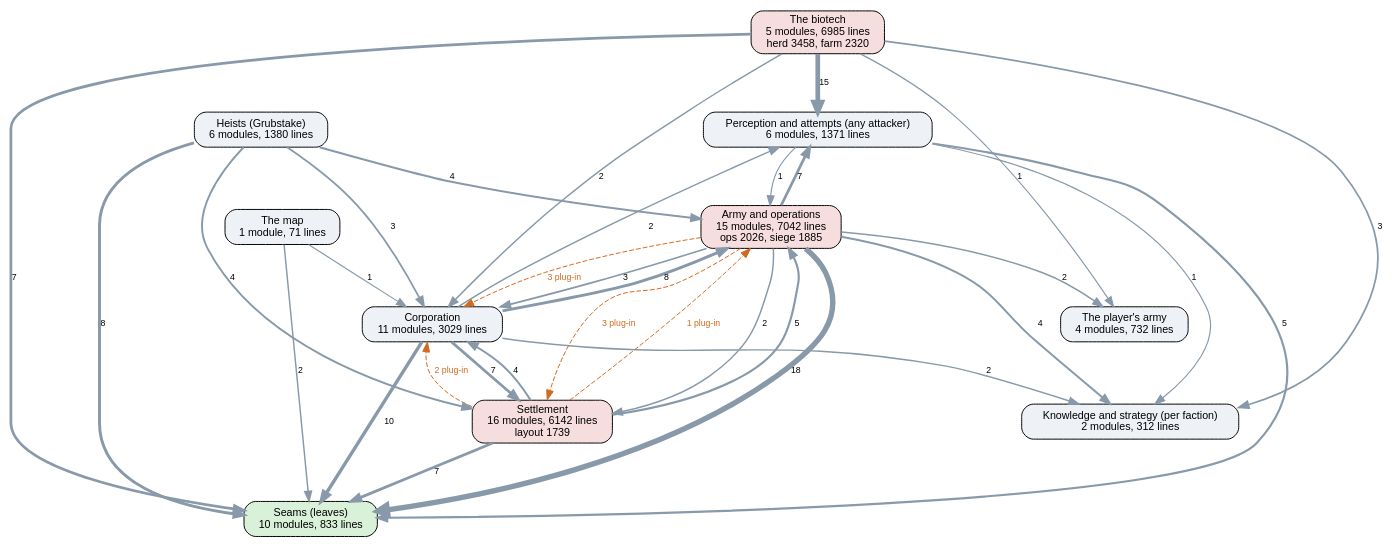
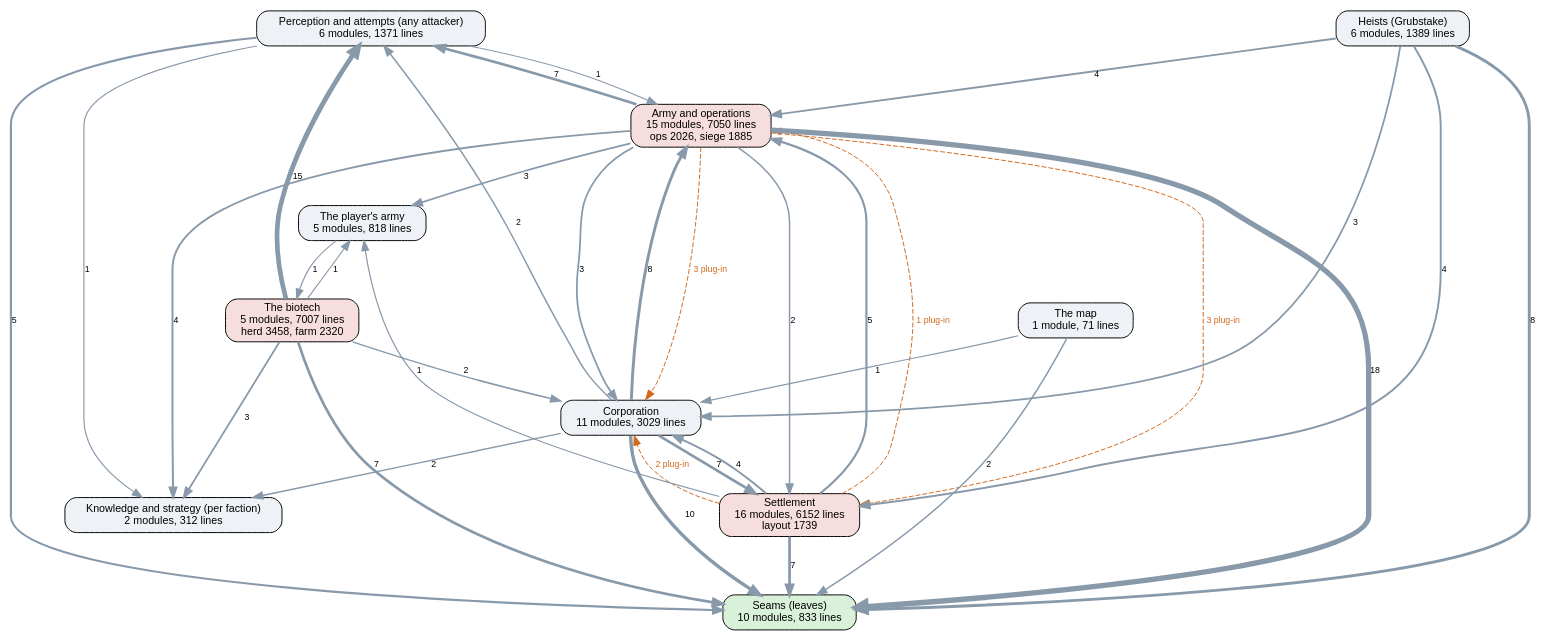
Before and after one commit to kinelhu/landing-party: the diagram in docs/ai-layers.dot, drawn with Graphviz. The commit also changed 21 other files, not shown here.

First line of the commit message:
0.2.203: field studies for Grubstake and Synthexis (claims register, strip drill, bait made, flak turret; bred-biter telemetry, defoliant, incubator capture), unlocked by what the player destroys; scenario studies

```diff
--- a/docs/ai-layers.dot
+++ b/docs/ai-layers.dot
@@ -1,47 +1,49 @@
 digraph layers {
   graph [rankdir=TB, fontname="Helvetica", nodesep=0.5, ranksep=0.7];
   node [shape=box, style="rounded,filled", fontname="Helvetica", fontsize=11, fillcolor="#eef2f7"];
   edge [color="#8899aa", fontname="Helvetica", fontsize=9];
   "Seams (leaves)" [label="Seams (leaves)\n10 modules, 833 lines", fillcolor="#d9f0d9"];
   "Perception and attempts (any attacker)" [label="Perception and attempts (any attacker)\n6 modules, 1371 lines", fillcolor="#eef2f7"];
   "Knowledge and strategy (per faction)" [label="Knowledge and strategy (per faction)\n2 modules, 312 lines", fillcolor="#eef2f7"];
   "Corporation" [label="Corporation\n11 modules, 3029 lines", fillcolor="#eef2f7"];
-  "Settlement" [label="Settlement\n16 modules, 6142 lines\nlayout 1739", fillcolor="#f7dede"];
-  "Army and operations" [label="Army and operations\n15 modules, 7042 lines\nops 2026, siege 1885", fillcolor="#f7dede"];
-  "Heists (Grubstake)" [label="Heists (Grubstake)\n6 modules, 1380 lines", fillcolor="#eef2f7"];
-  "The biotech" [label="The biotech\n5 modules, 6985 lines\nherd 3458, farm 2320", fillcolor="#f7dede"];
+  "Settlement" [label="Settlement\n16 modules, 6152 lines\nlayout 1739", fillcolor="#f7dede"];
+  "Army and operations" [label="Army and operations\n15 modules, 7050 lines\nops 2026, siege 1885", fillcolor="#f7dede"];
+  "Heists (Grubstake)" [label="Heists (Grubstake)\n6 modules, 1389 lines", fillcolor="#eef2f7"];
+  "The biotech" [label="The biotech\n5 modules, 7007 lines\nherd 3458, farm 2320", fillcolor="#f7dede"];
   "The map" [label="The map\n1 module, 71 lines", fillcolor="#eef2f7"];
-  "The player's army" [label="The player's army\n4 modules, 732 lines", fillcolor="#eef2f7"];
+  "The player's army" [label="The player's army\n5 modules, 818 lines", fillcolor="#eef2f7"];
   "Army and operations" -> "Corporation" [label="3", penwidth=1.8];
   "Army and operations" -> "Knowledge and strategy (per faction)" [label="4", penwidth=2.0];
   "Army and operations" -> "Perception and attempts (any attacker)" [label="7", penwidth=2.8];
   "Army and operations" -> "Seams (leaves)" [label="18", penwidth=5.5];
   "Army and operations" -> "Settlement" [label="2", penwidth=1.5];
-  "Army and operations" -> "The player's army" [label="2", penwidth=1.5];
+  "Army and operations" -> "The player's army" [label="3", penwidth=1.8];
   "Corporation" -> "Army and operations" [label="8", penwidth=3.0];
   "Corporation" -> "Knowledge and strategy (per faction)" [label="2", penwidth=1.5];
   "Corporation" -> "Perception and attempts (any attacker)" [label="2", penwidth=1.5];
   "Corporation" -> "Seams (leaves)" [label="10", penwidth=3.5];
   "Corporation" -> "Settlement" [label="7", penwidth=2.8];
   "Heists (Grubstake)" -> "Army and operations" [label="4", penwidth=2.0];
   "Heists (Grubstake)" -> "Corporation" [label="3", penwidth=1.8];
   "Heists (Grubstake)" -> "Seams (leaves)" [label="8", penwidth=3.0];
   "Heists (Grubstake)" -> "Settlement" [label="4", penwidth=2.0];
   "Perception and attempts (any attacker)" -> "Army and operations" [label="1", penwidth=1.2];
   "Perception and attempts (any attacker)" -> "Knowledge and strategy (per faction)" [label="1", penwidth=1.2];
   "Perception and attempts (any attacker)" -> "Seams (leaves)" [label="5", penwidth=2.2];
   "Settlement" -> "Army and operations" [label="5", penwidth=2.2];
   "Settlement" -> "Corporation" [label="4", penwidth=2.0];
   "Settlement" -> "Seams (leaves)" [label="7", penwidth=2.8];
+  "Settlement" -> "The player's army" [label="1", penwidth=1.2];
   "The biotech" -> "Corporation" [label="2", penwidth=1.5];
   "The biotech" -> "Knowledge and strategy (per faction)" [label="3", penwidth=1.8];
   "The biotech" -> "Perception and attempts (any attacker)" [label="15", penwidth=4.8];
   "The biotech" -> "Seams (leaves)" [label="7", penwidth=2.8];
   "The biotech" -> "The player's army" [label="1", penwidth=1.2];
   "The map" -> "Corporation" [label="1", penwidth=1.2];
   "The map" -> "Seams (leaves)" [label="2", penwidth=1.5];
+  "The player's army" -> "The biotech" [label="1", penwidth=1.2];
   "Army and operations" -> "Corporation" [style=dashed, color="#d2691e", fontcolor="#d2691e", label="3 plug-in"];
   "Army and operations" -> "Settlement" [style=dashed, color="#d2691e", fontcolor="#d2691e", label="3 plug-in"];
   "Settlement" -> "Army and operations" [style=dashed, color="#d2691e", fontcolor="#d2691e", label="1 plug-in"];
   "Settlement" -> "Corporation" [style=dashed, color="#d2691e", fontcolor="#d2691e", label="2 plug-in"];
 }
```
